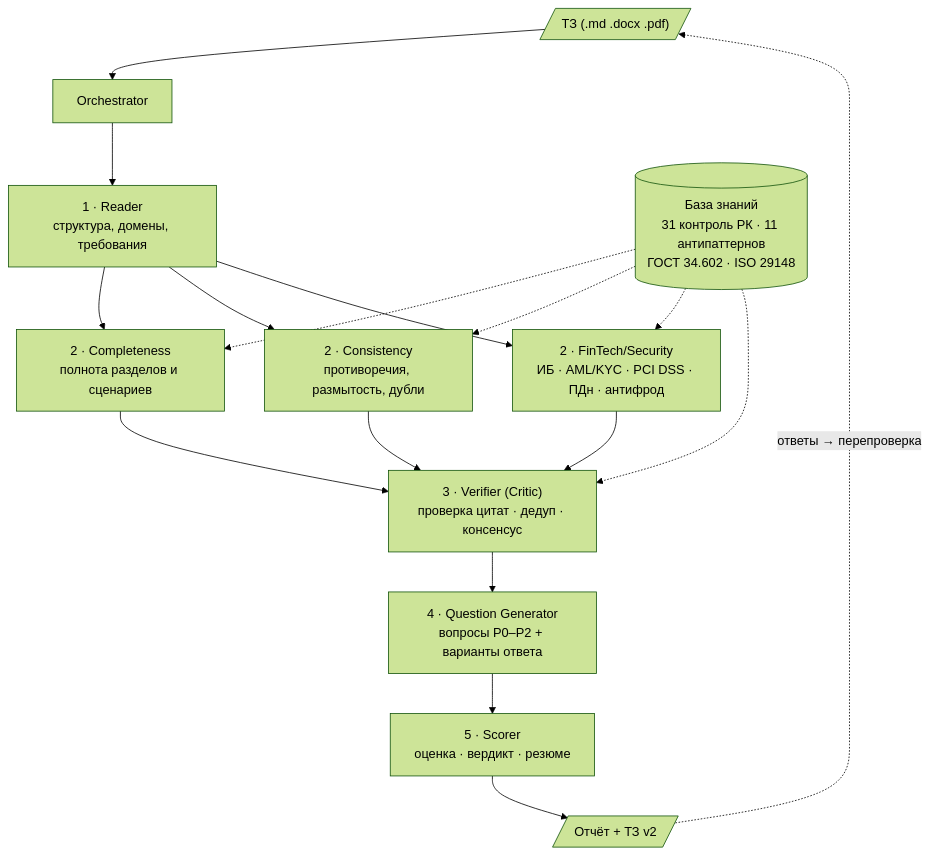
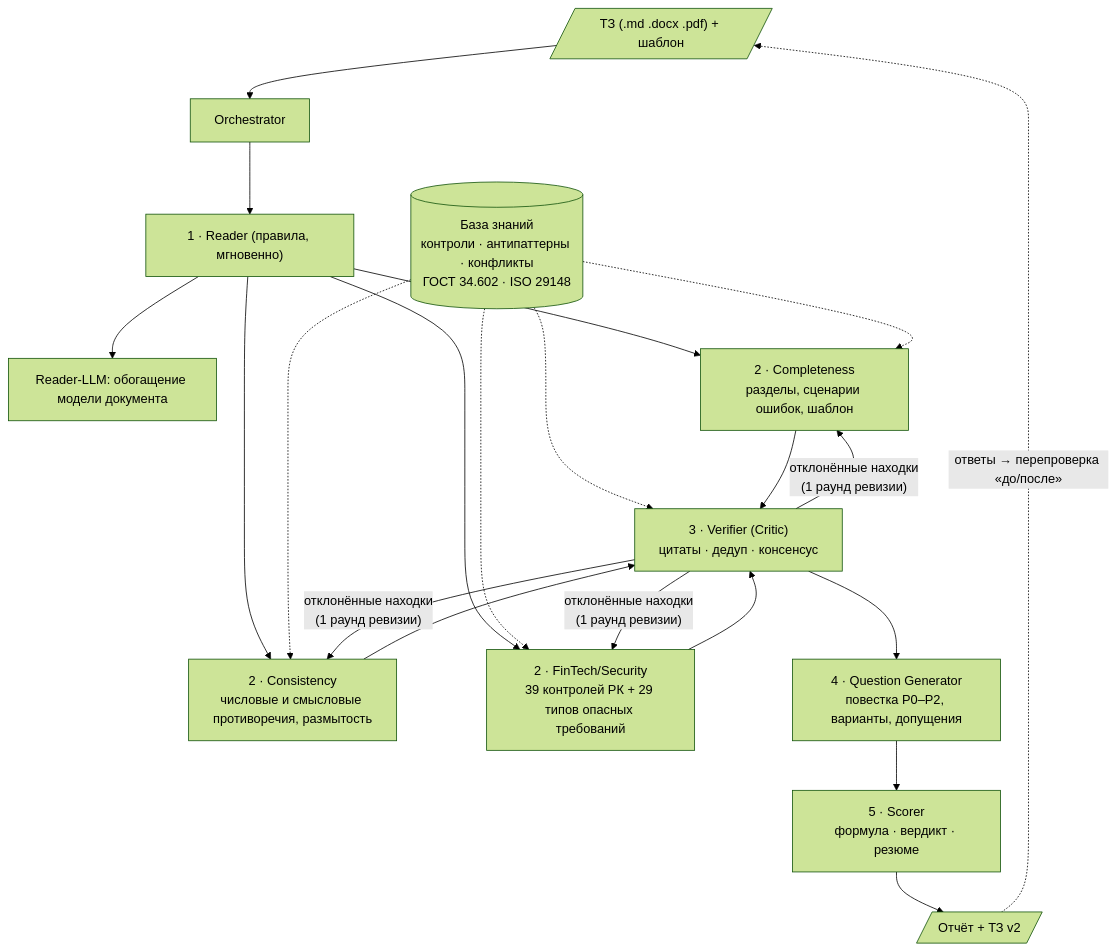
The diagram in README.md (Dossm04/saqta-tz-auditor), drawn with Mermaid (forest theme) before and after one commit. The commit also changed other lines of this file and 2 other files, not shown here.

Commit message:
Docs: README with measured quality (dev + blind holdout), pitch script, env examples; UI question-quality metrics

````diff
--- a/README.md
+++ b/README.md
@@ -30,14 +55,16 @@
 ```mermaid
 flowchart TB
-    DOC[/"ТЗ (.md .docx .pdf)"/] --> ORCH[Orchestrator]
-    ORCH --> R["1 · Reader<br/>структура, домены, требования"]
-    R --> C["2 · Completeness<br/>полнота разделов и сценариев"]
-    R --> S["2 · Consistency<br/>противоречия, размытость, дубли"]
-    R --> F["2 · FinTech/Security<br/>ИБ · AML/KYC · PCI DSS · ПДн · антифрод"]
-    KB[("База знаний<br/>31 контроль РК · 11 антипаттернов<br/>ГОСТ 34.602 · ISO 29148")] -.-> C & S & F & V
-    C & S & F --> V["3 · Verifier (Critic)<br/>проверка цитат · дедуп · консенсус"]
-    V --> Q["4 · Question Generator<br/>вопросы P0–P2 + варианты ответа"]
-    Q --> SC["5 · Scorer<br/>оценка · вердикт · резюме"]
+    DOC[/"ТЗ (.md .docx .pdf) + шаблон"/] --> ORCH[Orchestrator]
+    ORCH --> R["1 · Reader (правила, мгновенно)"]
+    R --> RL["Reader-LLM: обогащение модели документа"]
+    R --> C["2 · Completeness<br/>разделы, сценарии ошибок, шаблон"]
+    R --> S["2 · Consistency<br/>числовые и смысловые противоречия, размытость"]
+    R --> F["2 · FinTech/Security<br/>39 контролей РК + 29 типов опасных требований"]
+    KB[("База знаний<br/>контроли · антипаттерны · конфликты<br/>ГОСТ 34.602 · ISO 29148")] -.-> C & S & F & V
+    C & S & F --> V["3 · Verifier (Critic)<br/>цитаты · дедуп · консенсус"]
+    V -- "отклонённые находки<br/>(1 раунд ревизии)" --> F & S & C
+    V --> Q["4 · Question Generator<br/>повестка P0–P2, варианты, допущения"]
+    Q --> SC["5 · Scorer<br/>формула · вердикт · резюме"]
     SC --> OUT[/"Отчёт + ТЗ v2"/]
-    OUT -. "ответы → перепроверка" .-> DOC
+    OUT -. "ответы → перепроверка «до/после»" .-> DOC
 ```
````
